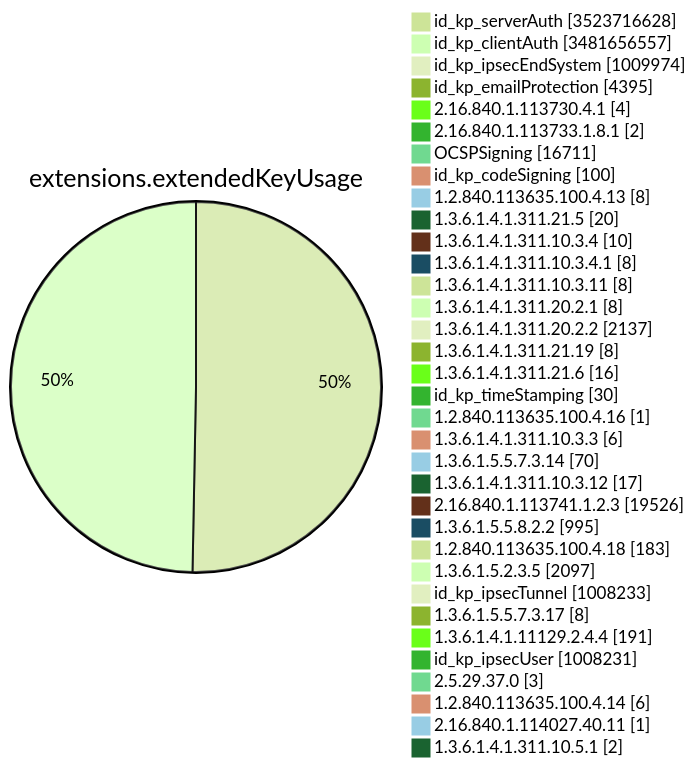
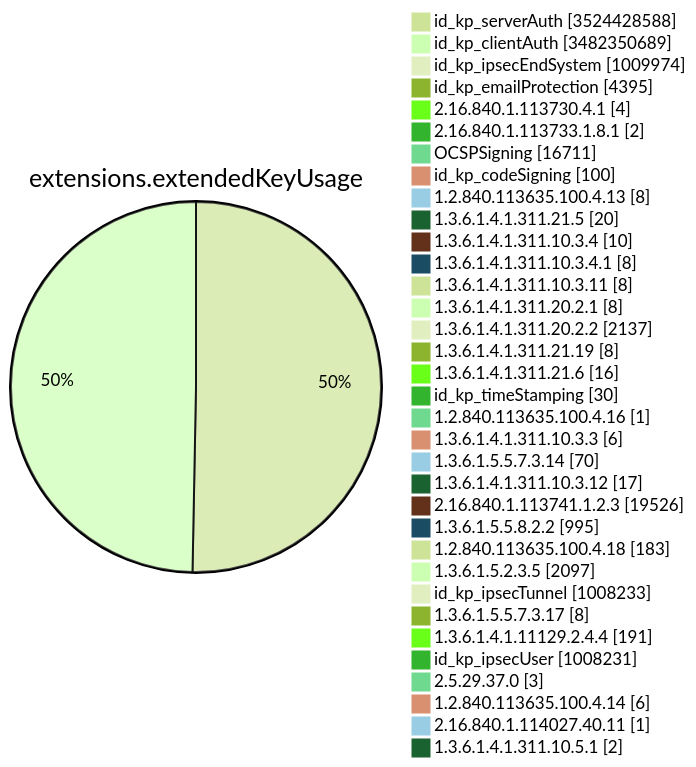
One commit to christiankrug/ctmonitor_visualization changed diagram 11 of 15 in TOTAL/README.md. Above: the diagram before and after it, drawn with Mermaid (forest theme). The commit also changed other lines of this file, not shown here.

````diff
--- a/TOTAL/README.md
+++ b/TOTAL/README.md
@@ -4126,38 +4126,38 @@
 ```mermaid
 pie showData
 title extensions.extendedKeyUsage
-"id_kp_serverAuth" :3523716628
-"id_kp_clientAuth" :3481656557
+"id_kp_serverAuth" :3524428588
+"id_kp_clientAuth" :3482350689
 "id_kp_ipsecEndSystem" :1009974
 "id_kp_emailProtection" :4395
 "2.16.840.1.113730.4.1" :4
 "2.16.840.1.113733.1.8.1" :2
 "OCSPSigning" :16711
 "id_kp_codeSigning" :100
 "1.2.840.113635.100.4.13" :8
 "1.3.6.1.4.1.311.21.5" :20
 "1.3.6.1.4.1.311.10.3.4" :10
 "1.3.6.1.4.1.311.10.3.4.1" :8
 "1.3.6.1.4.1.311.10.3.11" :8
 "1.3.6.1.4.1.311.20.2.1" :8
 "1.3.6.1.4.1.311.20.2.2" :2137
 "1.3.6.1.4.1.311.21.19" :8
 "1.3.6.1.4.1.311.21.6" :16
 "id_kp_timeStamping" :30
 "1.2.840.113635.100.4.16" :1
 "1.3.6.1.4.1.311.10.3.3" :6
 "1.3.6.1.5.5.7.3.14" :70
 "1.3.6.1.4.1.311.10.3.12" :17
 "2.16.840.1.113741.1.2.3" :19526
 "1.3.6.1.5.5.8.2.2" :995
 "1.2.840.113635.100.4.18" :183
 "1.3.6.1.5.2.3.5" :2097
 "id_kp_ipsecTunnel" :1008233
 "1.3.6.1.5.5.7.3.17" :8
 "1.3.6.1.4.1.11129.2.4.4" :191
 "id_kp_ipsecUser" :1008231
 "2.5.29.37.0" :3
 "1.2.840.113635.100.4.14" :6
 "2.16.840.1.114027.40.11" :1
 "1.3.6.1.4.1.311.10.5.1" :2
 ```
````
